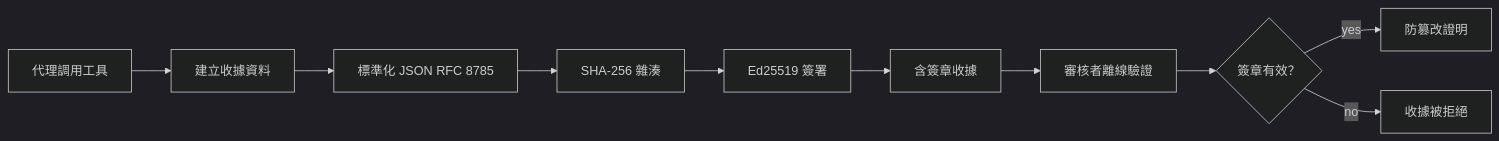
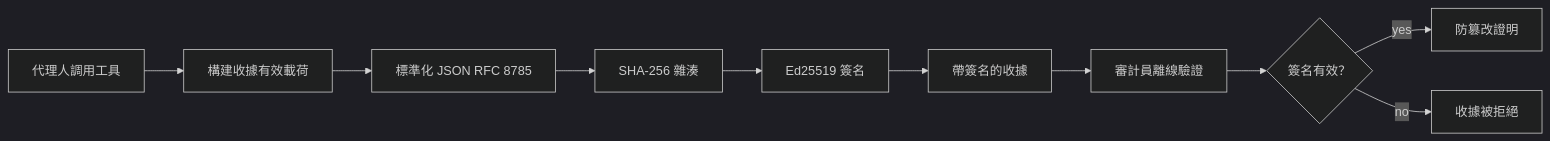
One commit to gabrielmoreira/agent-skills-mirror changed the first of 2 diagrams in mirrors/repos/microsoft@ai-agents-for-beginners/translations/zh-MO/18-securing-ai-agents/README.md. Above: the diagram before and after it, drawn with Mermaid (dark theme). The commit also changed other lines of this file and 2285 other files, not shown here.

````diff
--- a/mirrors/repos/microsoft@ai-agents-for-beginners/translations/zh-MO/18-securing-ai-agents/README.md
+++ b/mirrors/repos/microsoft@ai-agents-for-beginners/translations/zh-MO/18-securing-ai-agents/README.md
@@ -51,12 +51,12 @@
 ```mermaid
 flowchart LR
-    A[代理調用工具] --> B[建立收據資料]
+    A[代理人調用工具] --> B[構建收據有效載荷]
     B --> C[標準化 JSON RFC 8785]
     C --> D[SHA-256 雜湊]
-    D --> E[Ed25519 簽署]
-    E --> F[含簽章收據]
-    F --> G[審核者離線驗證]
-    G --> H{簽章有效？}
+    D --> E[Ed25519 簽名]
+    E --> F[帶簽名的收據]
+    F --> G[審計員離線驗證]
+    G --> H{簽名有效？}
     H -- yes --> I[防篡改證明]
     H -- no --> J[收據被拒絕]
 ```
````
